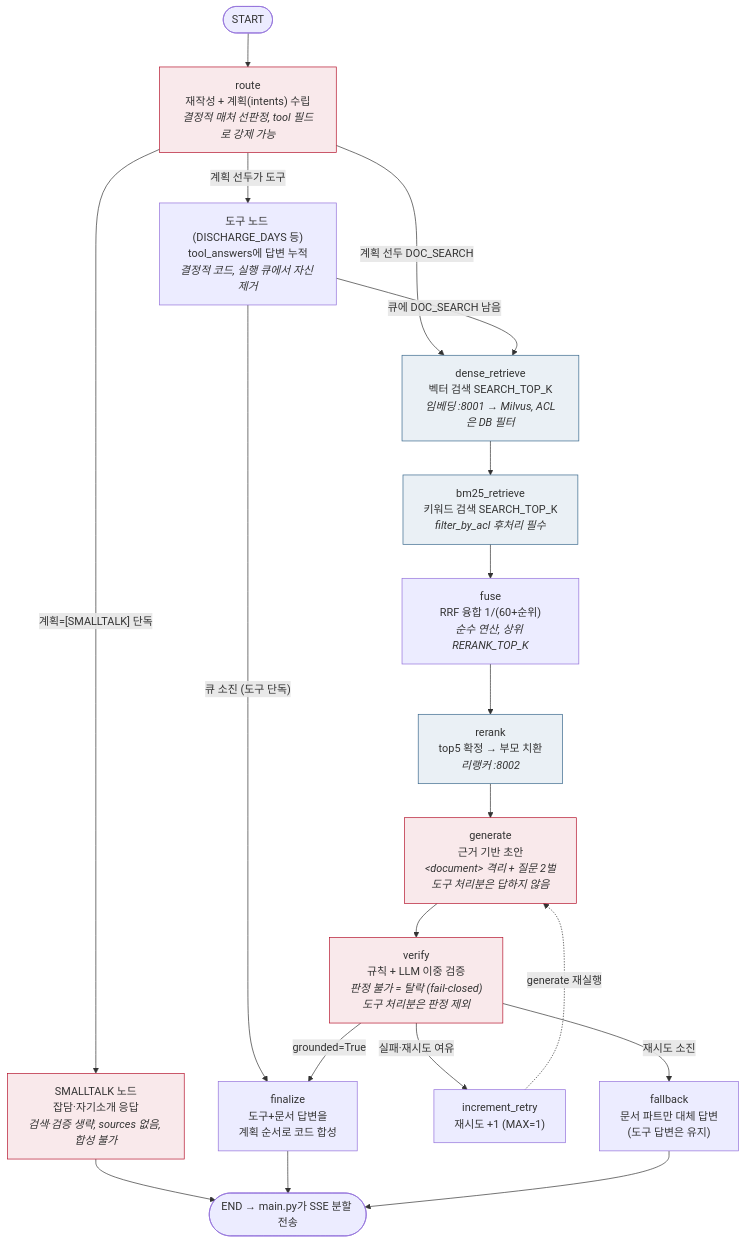
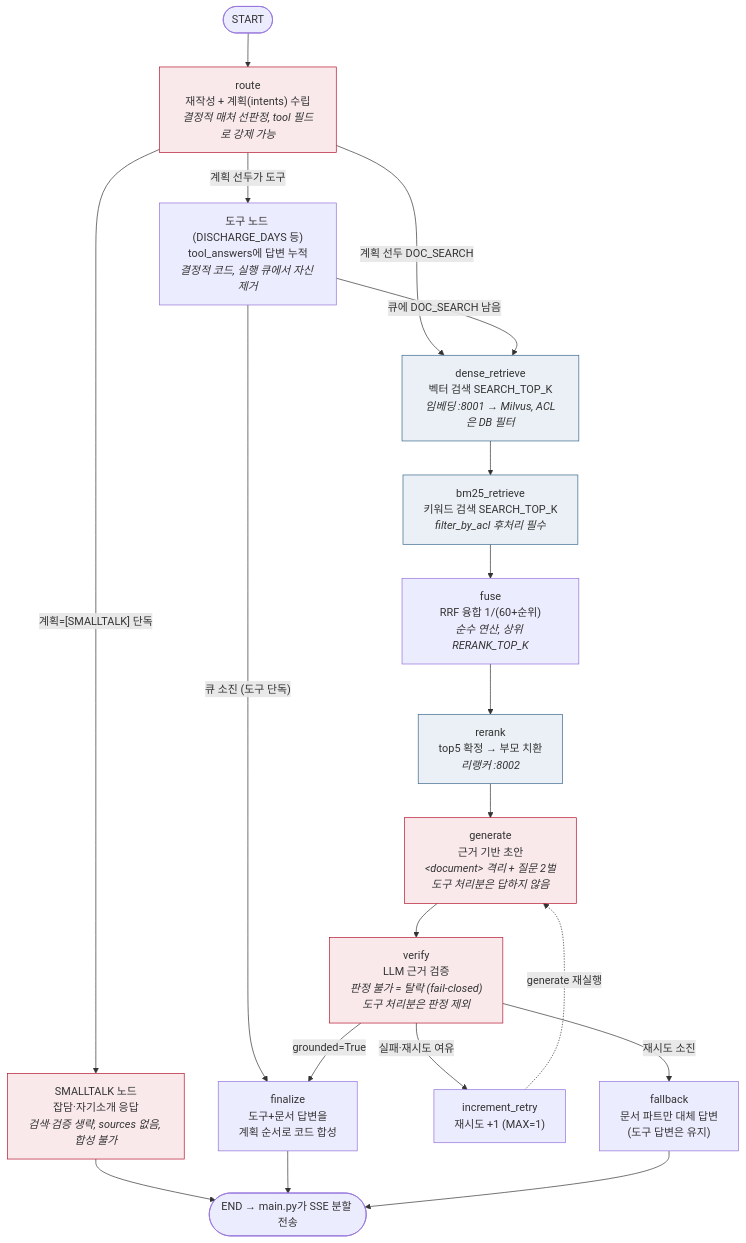
One commit to ROKMC-AI-TF-TEAM-LLM/mars-ai-server changed the second of 2 diagrams in docs/code_guide.md. Above: the diagram before and after it, drawn with Mermaid. The commit also changed other lines of this file and 9 other files, not shown here.

````diff
--- a/docs/code_guide.md
+++ b/docs/code_guide.md
@@ -303,34 +303,34 @@
 ```mermaid
 flowchart TB
     START([START]) --> route["route<br/>재작성 + 계획(intents) 수립<br/><i>결정적 매처 선판정, tool 필드로 강제 가능</i>"]
 
     route -- "계획=[SMALLTALK] 단독" --> smalltalk["SMALLTALK 노드<br/>잡담·자기소개 응답<br/><i>검색·검증 생략, sources 없음, 합성 불가</i>"]
     route -- "계획 선두가 도구" --> tool["도구 노드 (DISCHARGE_DAYS 등)<br/>tool_answers에 답변 누적<br/><i>결정적 코드, 실행 큐에서 자신 제거</i>"]
     route -- "계획 선두 DOC_SEARCH" --> dense["dense_retrieve<br/>벡터 검색 SEARCH_TOP_K<br/><i>임베딩 :8001 → Milvus, ACL은 DB 필터</i>"]
 
     tool -- "큐에 DOC_SEARCH 남음" --> dense
     tool -- "큐 소진 (도구 단독)" --> finalize
 
     dense --> bm25["bm25_retrieve<br/>키워드 검색 SEARCH_TOP_K<br/><i>filter_by_acl 후처리 필수</i>"]
     bm25 --> fuse["fuse<br/>RRF 융합 1/(60+순위)<br/><i>순수 연산, 상위 RERANK_TOP_K</i>"]
     fuse --> rerank["rerank<br/>top5 확정 → 부모 치환<br/><i>리랭커 :8002</i>"]
     rerank --> generate["generate<br/>근거 기반 초안<br/><i>&lt;document&gt; 격리 + 질문 2벌<br/>도구 처리분은 답하지 않음</i>"]
-    generate --> verify["verify<br/>규칙 + LLM 이중 검증<br/><i>판정 불가 = 탈락 (fail-closed)<br/>도구 처리분은 판정 제외</i>"]
+    generate --> verify["verify<br/>LLM 근거 검증<br/><i>판정 불가 = 탈락 (fail-closed)<br/>도구 처리분은 판정 제외</i>"]
 
     verify -- "grounded=True" --> finalize["finalize<br/>도구+문서 답변을<br/>계획 순서로 코드 합성"]
     verify -- "실패·재시도 여유" --> retry["increment_retry<br/>재시도 +1 (MAX=1)"]
     verify -- "재시도 소진" --> fallback["fallback<br/>문서 파트만 대체 답변<br/>(도구 답변은 유지)"]
     retry -. "generate 재실행" .-> generate
 
     smalltalk --> DONE
     finalize --> DONE
     fallback --> DONE([END → main.py가 SSE 분할 전송])
 
     style route fill:#f9e9eb,stroke:#b5122b
     style smalltalk fill:#f9e9eb,stroke:#b5122b
     style generate fill:#f9e9eb,stroke:#b5122b
     style verify fill:#f9e9eb,stroke:#b5122b
     style dense fill:#eaf0f5,stroke:#38678c
     style bm25 fill:#eaf0f5,stroke:#38678c
     style rerank fill:#eaf0f5,stroke:#38678c
 ```
````
